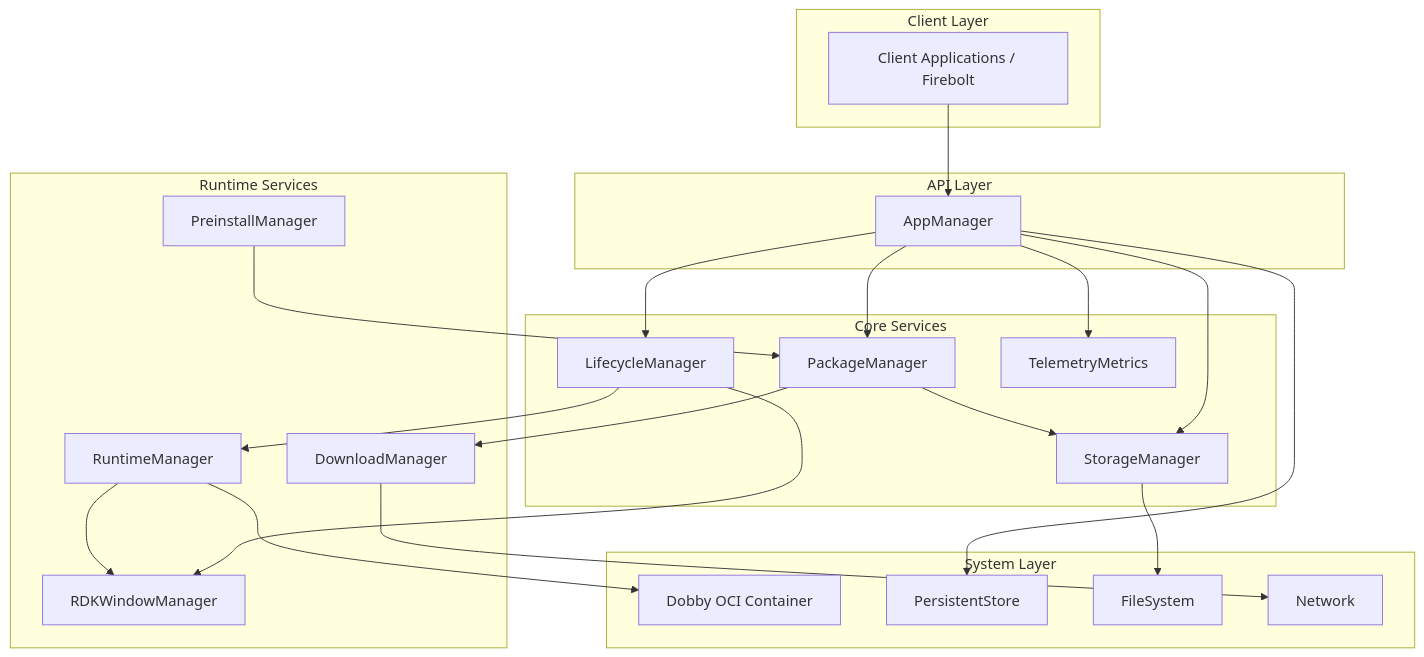
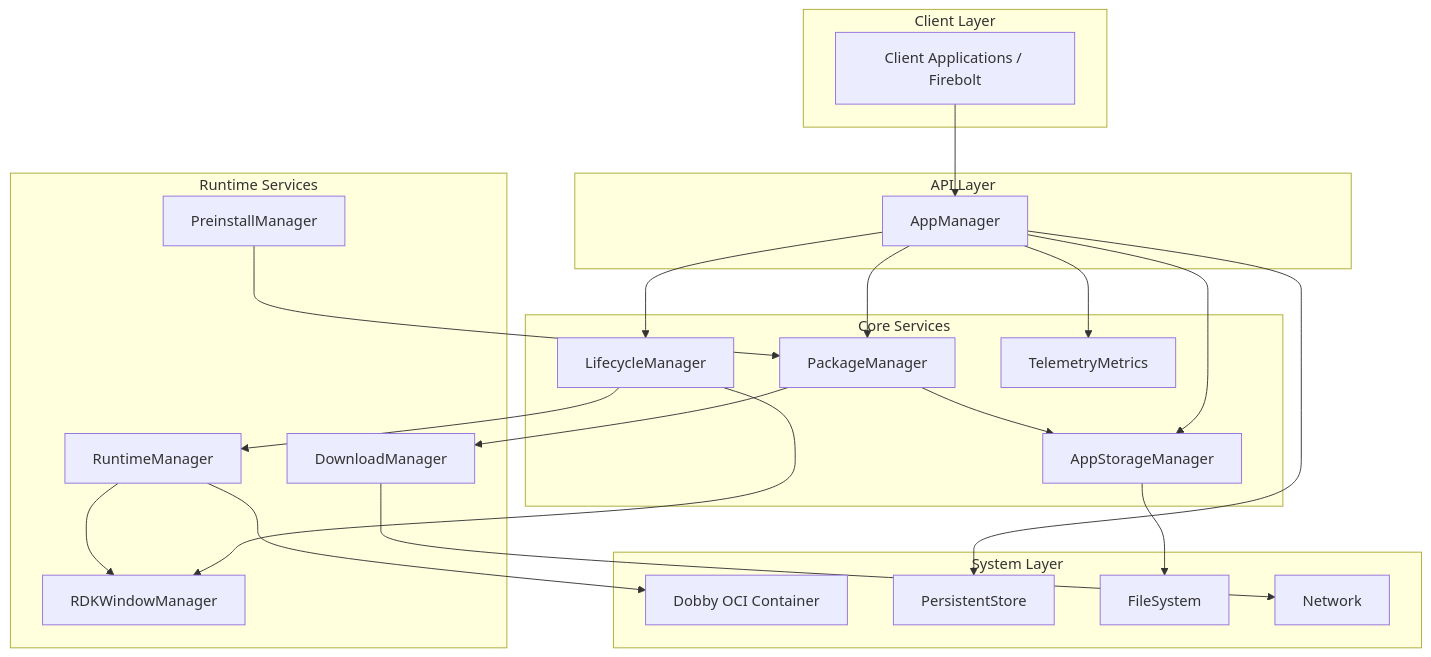
Before and after one commit to rdkcentral/entservices-appmanagers: the first of 4 diagrams in README.md, drawn with Mermaid.

Commit message:
Potential fix for pull request finding

````diff
--- a/README.md
+++ b/README.md
@@ -13,47 +13,47 @@
 ```mermaid
 graph TB
     subgraph "Client Layer"
         Client[Client Applications / Firebolt]
     end
 
     subgraph "API Layer"
         AppMgr[AppManager]
     end
 
     subgraph "Core Services"
         LCM[LifecycleManager]
         PkgMgr[PackageManager]
-        StorMgr[StorageManager]
+        AppStorMgr[AppStorageManager]
         Telemetry[TelemetryMetrics]
     end
 
     subgraph "Runtime Services"
         RTM[RuntimeManager]
         DLMgr[DownloadManager]
         PreMgr[PreinstallManager]
         WinMgr[RDKWindowManager]
     end
 
     subgraph "System Layer"
         Dobby[Dobby OCI Container]
         PStore[PersistentStore]
         FS[FileSystem]
         Network[Network]
     end
 
     Client --> AppMgr
     AppMgr --> LCM
     AppMgr --> PkgMgr
-    AppMgr --> StorMgr
+    AppMgr --> AppStorMgr
     AppMgr --> Telemetry
     LCM --> RTM
     LCM --> WinMgr
     PkgMgr --> DLMgr
-    PkgMgr --> StorMgr
+    PkgMgr --> AppStorMgr
     PreMgr --> PkgMgr
     RTM --> Dobby
     RTM --> WinMgr
-    StorMgr --> FS
+    AppStorMgr --> FS
     DLMgr --> Network
     AppMgr --> PStore
 ```
````
